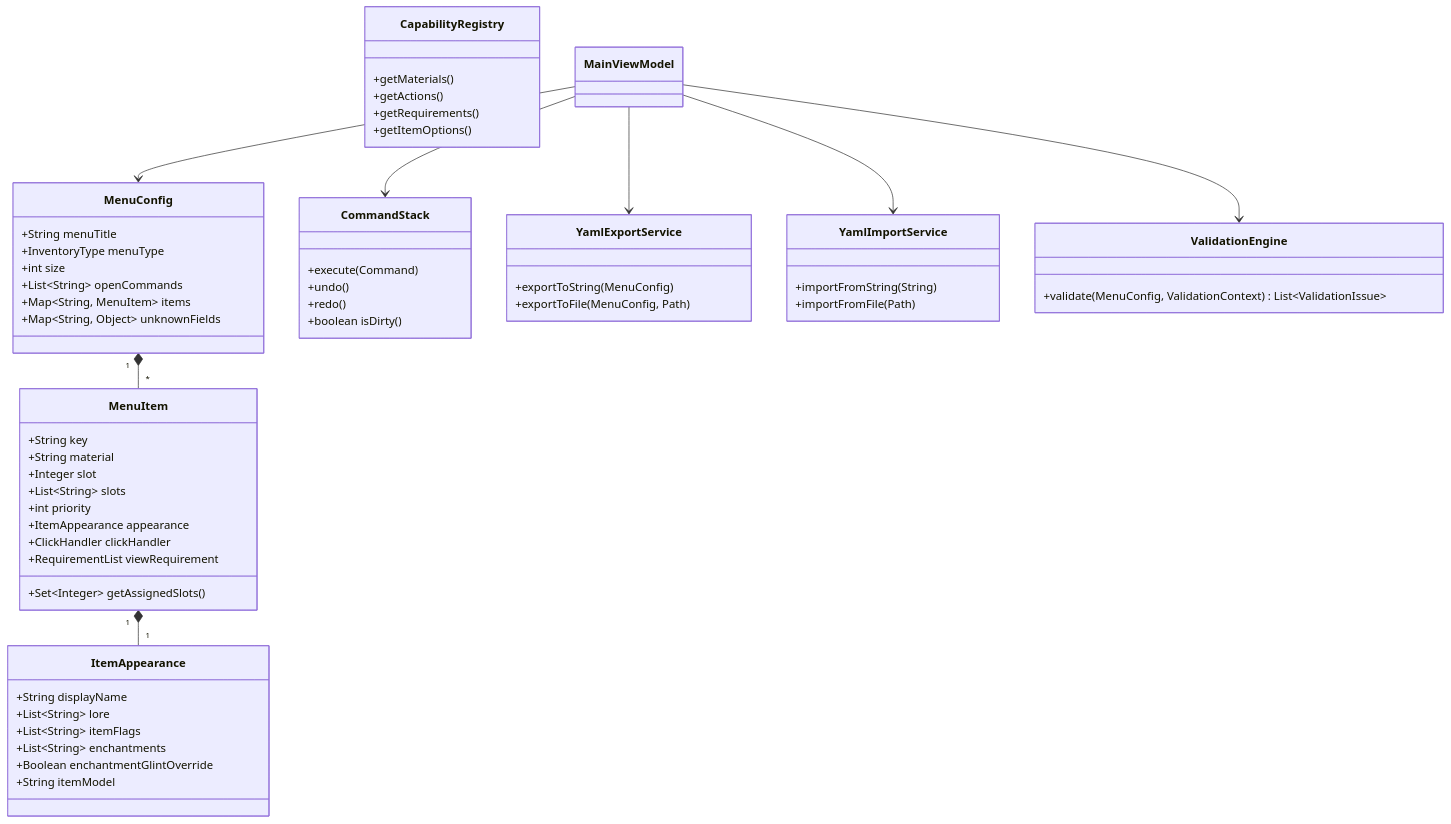
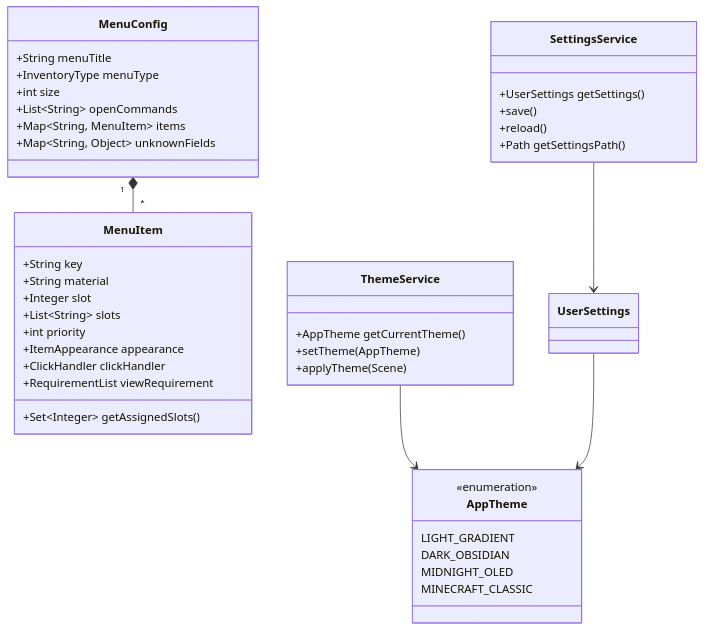
One commit to aqkooo/DeluxeMenus-studio changed the diagram in README.md. Above: the diagram before and after it, drawn with Mermaid. The commit also changed other lines of this file and 31 other files, not shown here.

````diff
--- a/README.md
+++ b/README.md
@@ -55,68 +69,49 @@
 ```mermaid
 classDiagram
     class MenuConfig {
         +String menuTitle
         +InventoryType menuType
         +int size
         +List~String~ openCommands
         +Map~String, MenuItem~ items
         +Map~String, Object~ unknownFields
     }
 
     class MenuItem {
         +String key
         +String material
         +Integer slot
         +List~String~ slots
         +int priority
         +ItemAppearance appearance
         +ClickHandler clickHandler
         +RequirementList viewRequirement
         +Set~Integer~ getAssignedSlots()
     }
 
-    class ItemAppearance {
-        +String displayName
-        +List~String~ lore
-        +List~String~ itemFlags
-        +List~String~ enchantments
-        +Boolean enchantmentGlintOverride
-        +String itemModel
+    class SettingsService {
+        +UserSettings getSettings()
+        +save()
+        +reload()
+        +Path getSettingsPath()
     }
 
-    class CommandStack {
-        +execute(Command)
-        +undo()
-        +redo()
-        +boolean isDirty()
+    class ThemeService {
+        +AppTheme getCurrentTheme()
+        +setTheme(AppTheme)
+        +applyTheme(Scene)
     }
 
-    class CapabilityRegistry {
-        +getMaterials()
-        +getActions()
-        +getRequirements()
-        +getItemOptions()
+    class AppTheme {
+        <<enumeration>>
+        LIGHT_GRADIENT
+        DARK_OBSIDIAN
+        MIDNIGHT_OLED
+        MINECRAFT_CLASSIC
     }
 
-    class YamlExportService {
-        +exportToString(MenuConfig)
-        +exportToFile(MenuConfig, Path)
-    }
-
-    class YamlImportService {
-        +importFromString(String)
-        +importFromFile(Path)
-    }
-
-    class ValidationEngine {
-        +validate(MenuConfig, ValidationContext) List~ValidationIssue~
-    }
-
+    ThemeService --> AppTheme
+    SettingsService --> UserSettings
+    UserSettings --> AppTheme
     MenuConfig "1" *-- "*" MenuItem
-    MenuItem "1" *-- "1" ItemAppearance
-    MainViewModel --> MenuConfig
-    MainViewModel --> CommandStack
-    MainViewModel --> ValidationEngine
-    MainViewModel --> YamlExportService
-    MainViewModel --> YamlImportService
 ```
````
